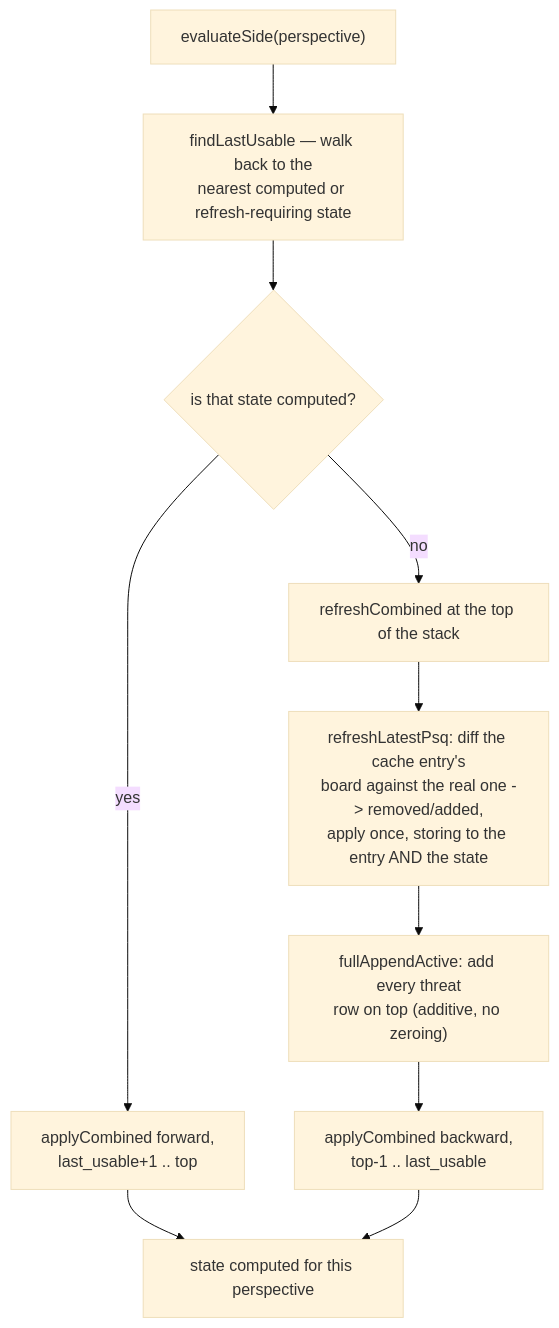
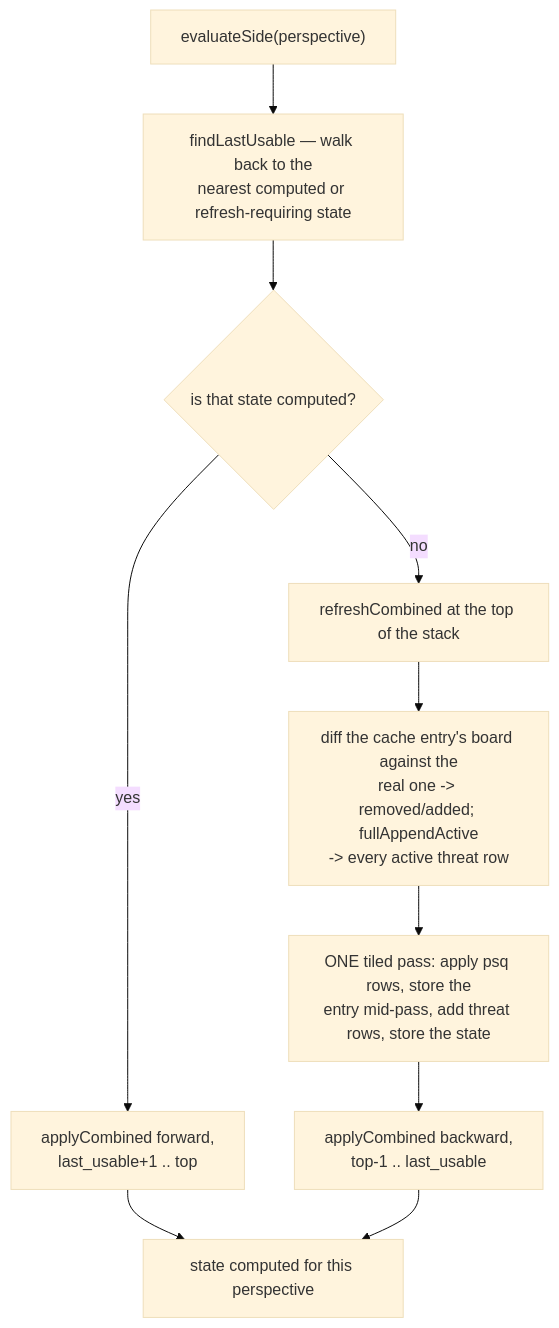
Before and after one commit to ppigazzini/zfish: the diagram in docs/03-engine-eval.md, drawn with Mermaid (base theme). The commit also changed other lines of this file and 3 other files, not shown here.

````diff
--- a/docs/03-engine-eval.md
+++ b/docs/03-engine-eval.md
@@ -148,12 +148,12 @@
 ```mermaid
 flowchart TD
     A["evaluateSide(perspective)"] --> B["findLastUsable — walk back to the<br/>nearest computed or refresh-requiring state"]
     B --> C{"is that state computed?"}
     C -->|yes| D["applyCombined forward,<br/>last_usable+1 .. top"]
     C -->|no| E["refreshCombined at the top of the stack"]
-    E --> E1["refreshLatestPsq: diff the cache entry's<br/>board against the real one -> removed/added,<br/>apply once, storing to the entry AND the state"]
-    E1 --> E2["fullAppendActive: add every threat<br/>row on top (additive, no zeroing)"]
+    E --> E1["diff the cache entry's board against the<br/>real one -> removed/added; fullAppendActive<br/>-> every active threat row"]
+    E1 --> E2["ONE tiled pass: apply psq rows, store the<br/>entry mid-pass, add threat rows, store the state"]
     E2 --> F["applyCombined backward,<br/>top-1 .. last_usable"]
     D --> G["state computed for this perspective"]
     F --> G
 ```
````
